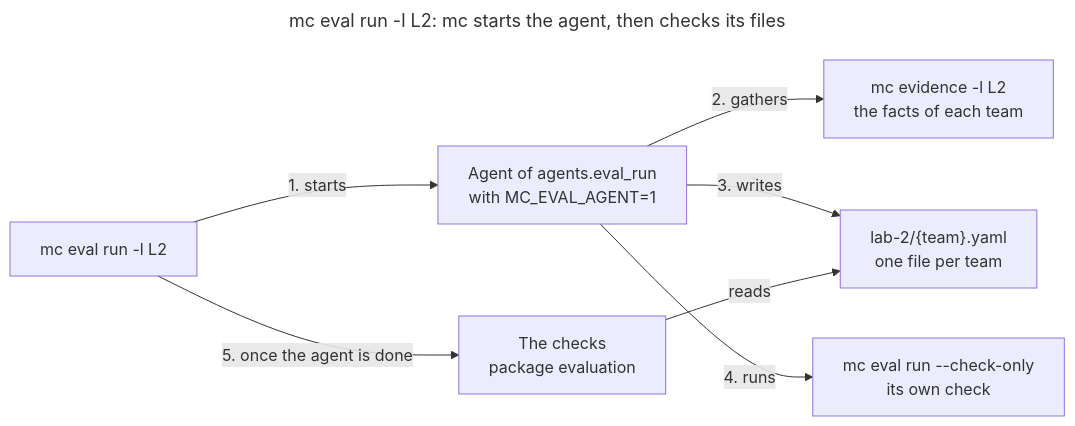
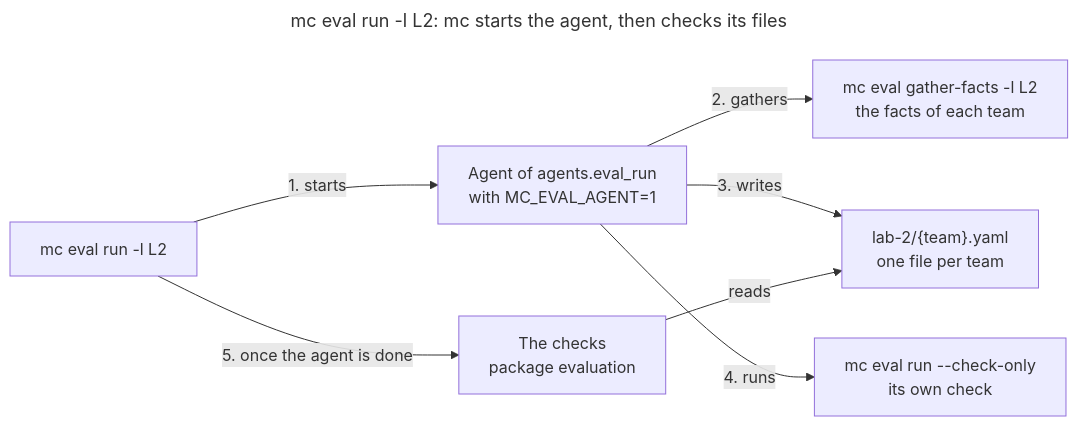
One commit to mincong-classroom/mc changed the diagram in cmd/README.md. Above: the diagram before and after it, drawn with Mermaid. The commit also changed other lines of this file and 24 other files, not shown here.

Commit message:
Rename mc evidence to mc eval gather-facts, and group the commands of mc --help (#38)

````diff
--- a/cmd/README.md
+++ b/cmd/README.md
@@ -48,21 +48,21 @@
 ```mermaid
 ---
 title: "mc eval run -l L2: mc starts the agent, then checks its files"
 config:
   flowchart:
     wrappingWidth: 200
 ---
 flowchart LR
   run["mc eval run -l L2"]
   agent["Agent of agents.eval_run<br>with MC_EVAL_AGENT=1"]
-  evidence["mc evidence -l L2<br>the facts of each team"]
+  evidence["mc eval gather-facts -l L2<br>the facts of each team"]
   files["lab-2/{team}.yaml<br>one file per team"]
   checkonly["mc eval run --check-only<br>its own check"]
   check["The checks<br>package evaluation"]
   run -- "1. starts" --> agent
   agent -- "2. gathers" --> evidence
   agent -- "3. writes" --> files
   agent -- "4. runs" --> checkonly
   run -- "5. once the agent is done" --> check
   check -- "reads" --> files
 ```
````
